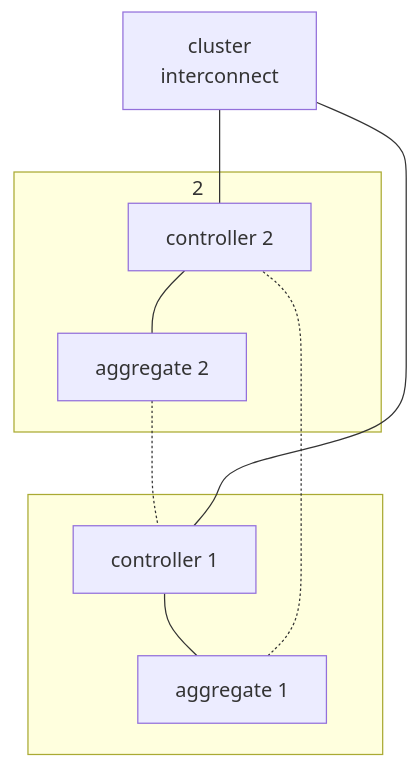
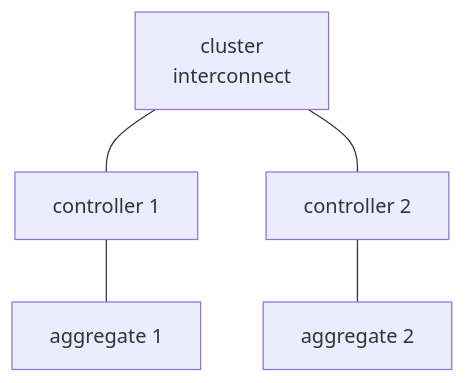
Before and after one commit to Adega318/uni-apuntes: the diagram in 3/3.1/xi/teoríca/xi-redes_de_almacenamiento.md, drawn with Mermaid. The commit also changed other lines of this file, not shown here.

Commit message:
vault backup: 2023-11-09 12:18:31

````diff
--- a/3/3.1/xi/teoríca/xi-redes_de_almacenamiento.md
+++ b/3/3.1/xi/teoríca/xi-redes_de_almacenamiento.md
@@ -13,17 +17,13 @@
 ```mermaid
 flowchart TD
 	ci["cluster\ninterconnect"]
+	c1[controller 1]
+	a1[aggregate 1]
+	c2[controller 2]
+	a2[aggregate 2]
 
-	subgraph \n
-		c1[controller 1]
-		a1[aggregate 1]
-	end
-	subgraph 2
-		c2[controller 2]
-		a2[aggregate 2]
-	end
-
-	c1---ci---c2
-	c1---a1-.-c2
-	c2---a2-.-c1
+	ci---c1
+	ci---c2
+	c1---a1
+	c2---a2
 ```
````
